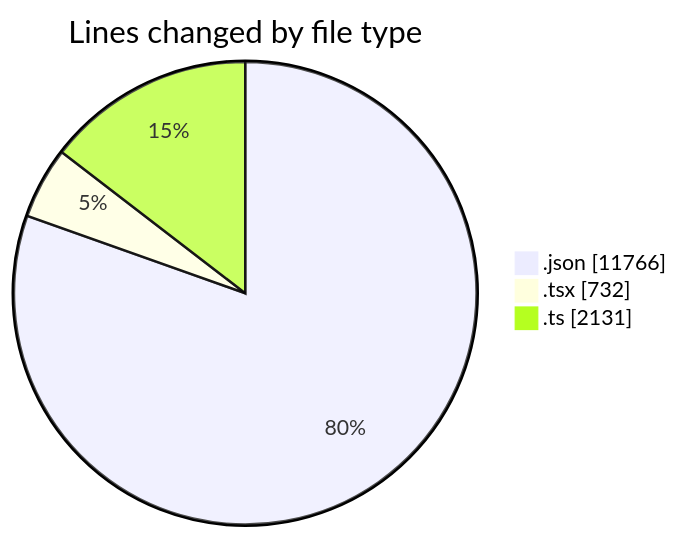
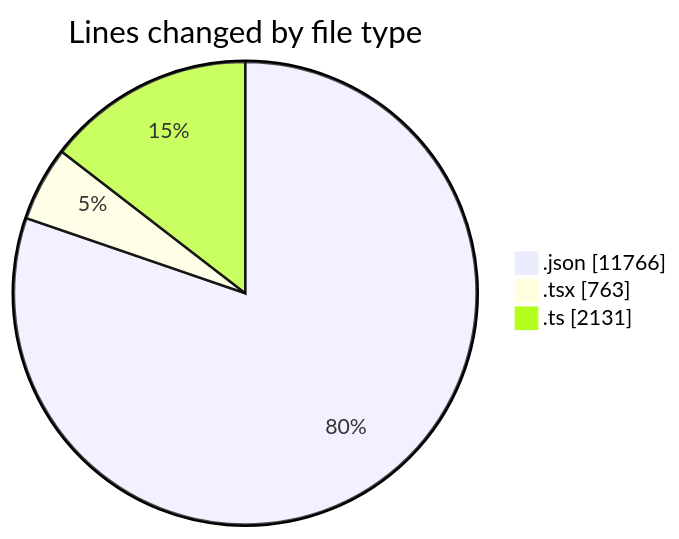
The first of 2 diagrams in 2026-04-16/airfeed-analytics-dashboard/README.md (nxtqubesakshisongat/code-tracking), drawn with Mermaid before and after one commit. The commit also changed other lines of this file and 1 other file, not shown here.

````diff
--- a/2026-04-16/airfeed-analytics-dashboard/README.md
+++ b/2026-04-16/airfeed-analytics-dashboard/README.md
@@ -31,7 +31,7 @@
 ```mermaid
 pie showData
 title Lines changed by file type
 ".json" : 11766
-".tsx" : 732
+".tsx" : 763
 ".ts" : 2131
 ```
````
